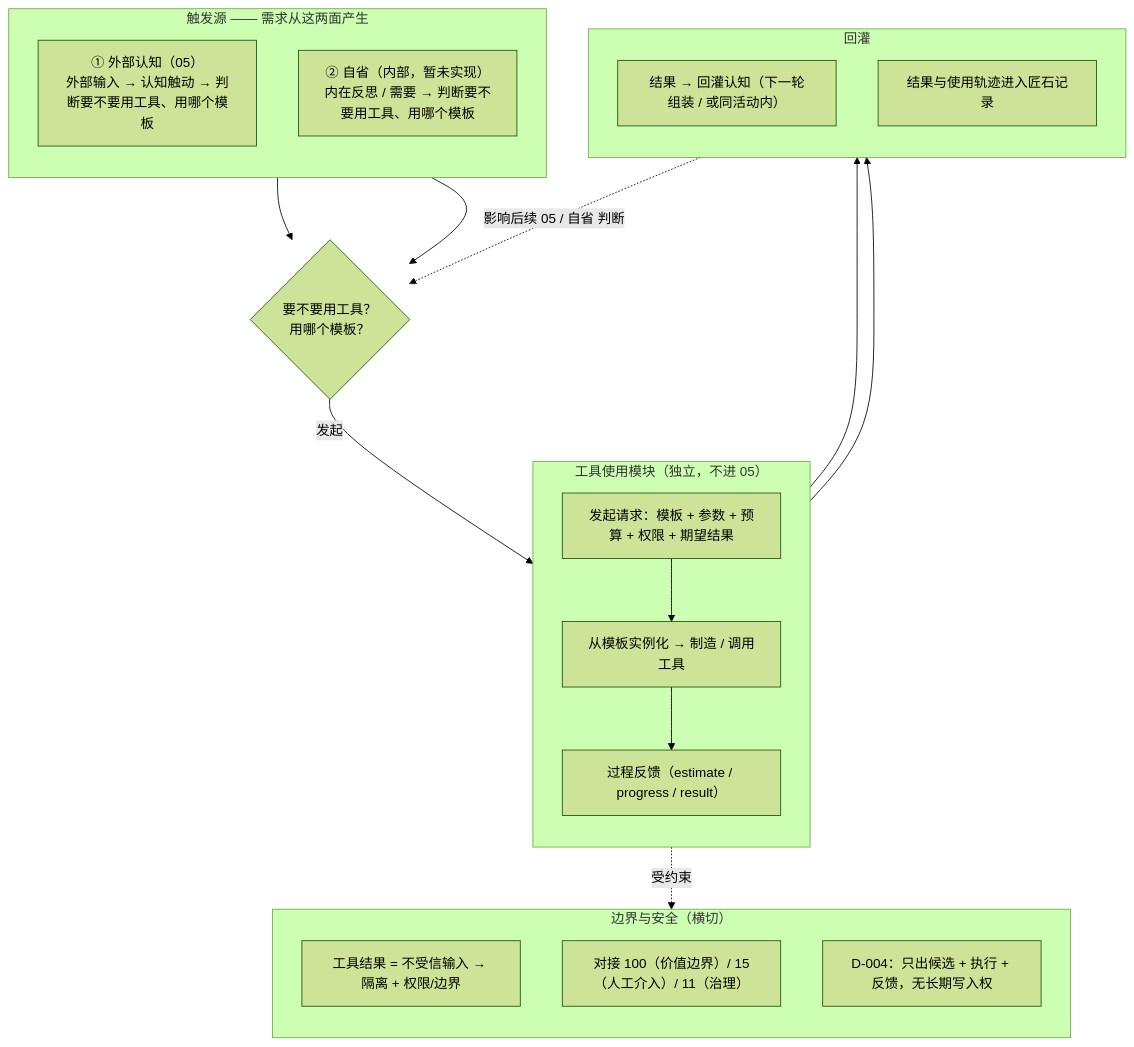
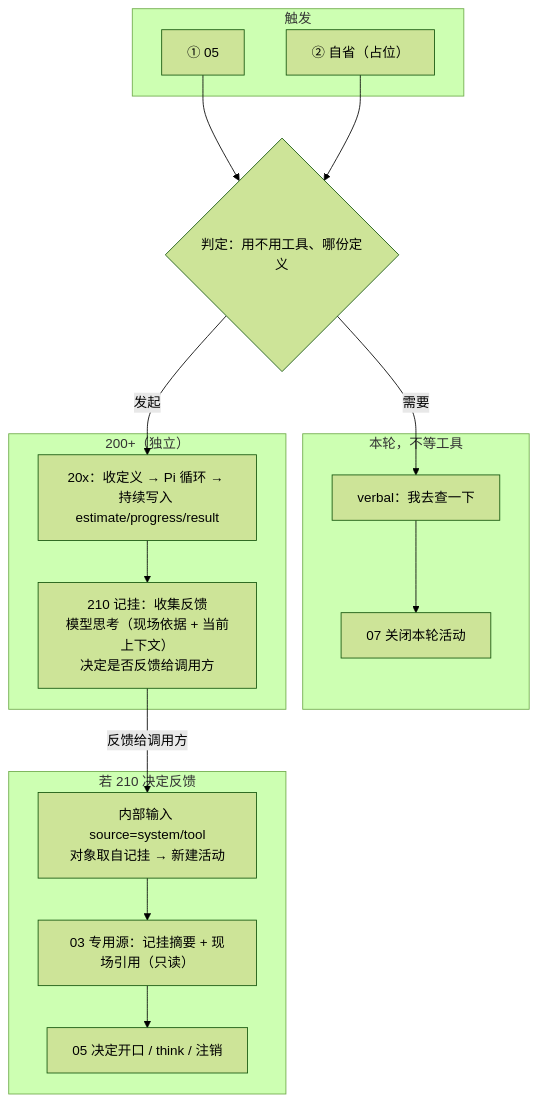
Before and after one commit to Llllsuhdjhhd/JShi: the diagram in doc/design/工具使用.md, drawn with Mermaid (forest theme). The commit also changed other lines of this file and 24 other files, not shown here.

````diff
--- a/doc/design/工具使用.md
+++ b/doc/design/工具使用.md
@@ -28,38 +57,32 @@
 ```mermaid
 flowchart TB
-    subgraph SRC["触发源 —— 需求从这两面产生"]
-        direction TB
-        EXT["① 外部认知（05）<br/>外部输入 → 认知触动 → 判断要不要用工具、用哪个模板"]
-        INTRO["② 自省（内部，暂未实现）<br/>内在反思 / 需要 → 判断要不要用工具、用哪个模板"]
+    subgraph SRC["触发"]
+        EXT["① 05"]
+        INTRO["② 自省（占位）"]
     end
+    JUDGE{"判定：用不用工具、哪份定义"}
+    EXT --> JUDGE
+    INTRO --> JUDGE
 
-    DEC{"要不要用工具？<br/>用哪个模板？"}
-    EXT --> DEC
-    INTRO --> DEC
+    subgraph TURN["本轮，不等工具"]
+        SAY1["verbal：我去查一下"]
+        CLOSE["07 关闭本轮活动"]
+        SAY1 --> CLOSE
+    end
+    JUDGE -- 需要 --> SAY1
 
-    subgraph TM["工具使用模块（独立，不进 05）"]
-        direction TB
-        REQ["发起请求：模板 + 参数 + 预算 + 权限 + 期望结果"]
-        MAKE["从模板实例化 → 制造 / 调用工具"]
-        FB["过程反馈（estimate / progress / result）"]
-        REQ --> MAKE --> FB
+    subgraph P200["200+（独立）"]
+        P20X["20x：收定义 → Pi 循环 → 持续写入 estimate/progress/result"]
+        P210["210 记挂：收集反馈<br/>模型思考（现场依据 + 当前上下文）<br/>决定是否反馈给调用方"]
+        P20X --> P210
     end
-    DEC -- "发起" --> REQ
+    JUDGE -- 发起 --> P20X
 
-    subgraph BACK["回灌"]
-        direction TB
-        REPLAY["结果 → 回灌认知（下一轮组装 / 或同活动内）"]
-        FACT["结果与使用轨迹进入匠石记录"]
+    subgraph WAKE["若 210 决定反馈"]
+        IN["内部输入 source=system/tool<br/>对象取自记挂 → 新建活动"]
+        LOAD["03 专用源：记挂摘要 + 现场引用（只读）"]
+        SAY2["05 决定开口 / think / 注销"]
+        IN --> LOAD --> SAY2
     end
-    FB --> REPLAY
-    FB --> FACT
-    REPLAY -. "影响后续 05 / 自省 判断" .-> DEC
-
-    subgraph GUARD["边界与安全（横切）"]
-        direction TB
-        G1["工具结果 = 不受信输入 → 隔离 + 权限/边界"]
-        G2["对接 100（价值边界）/ 15（人工介入）/ 11（治理）"]
-        G3["D-004：只出候选 + 执行 + 反馈，无长期写入权"]
-    end
-    TM -. "受约束" .-> GUARD
+    P210 -- 反馈给调用方 --> IN
 ```
````
